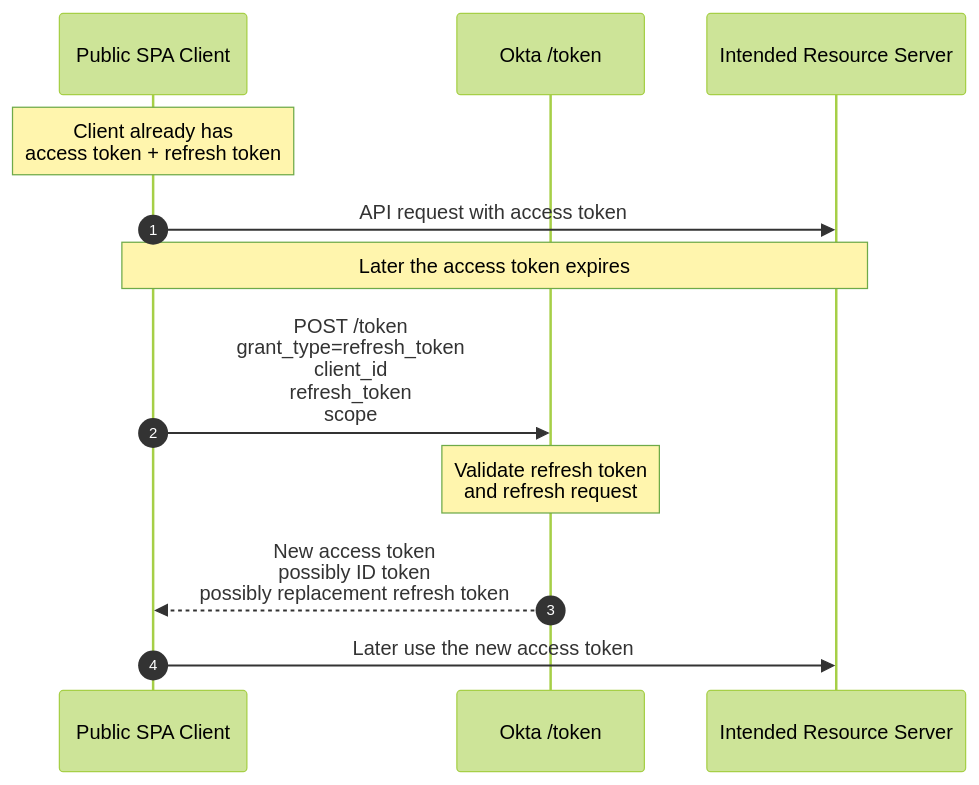
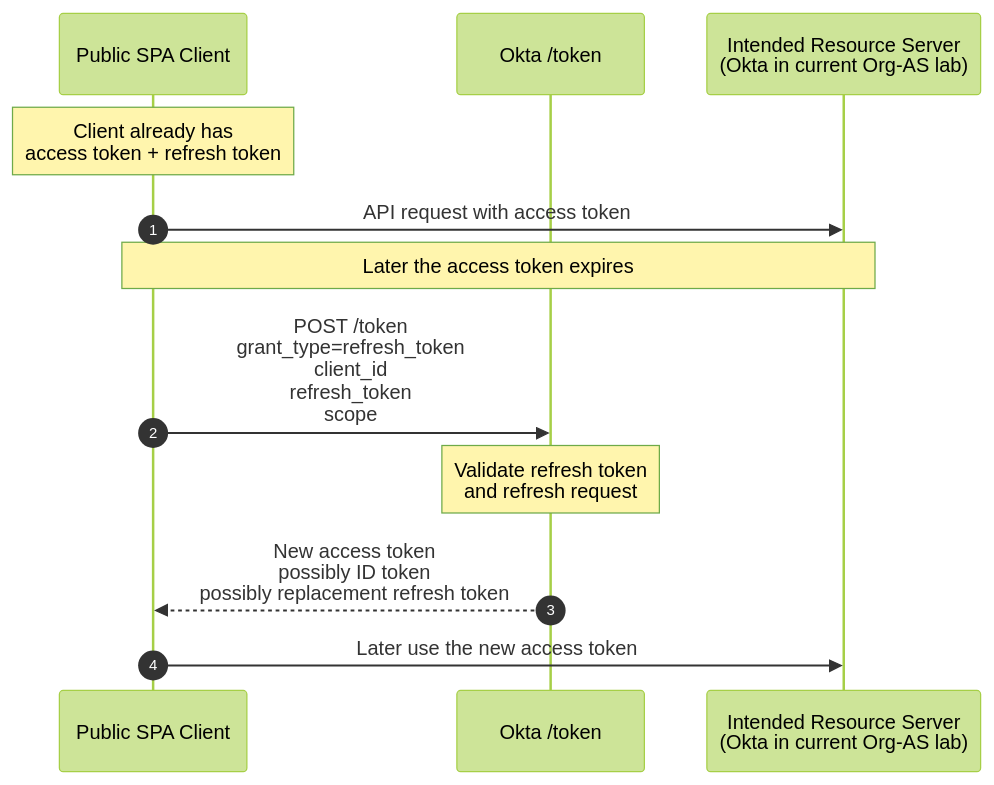
Before and after one commit to TedxHarry/OAuth-OIDC: the third of 7 diagrams in diagrams/day-04-token-lifecycle.md, drawn with Mermaid (forest theme). The commit also changed other lines of this file, not shown here.

Commit message:
Fix Day 4 token flow diagrams

```diff
--- a/diagrams/day-04-token-lifecycle.md
+++ b/diagrams/day-04-token-lifecycle.md
@@ -50,20 +51,20 @@
 ~~~mermaid
 sequenceDiagram
     autonumber
     participant C as Public SPA Client
     participant T as Okta /token
-    participant R as Intended Resource Server
+    participant R as Intended Resource Server<br/>(Okta in current Org-AS lab)
 
     Note over C: Client already has<br/>access token + refresh token
 
     C->>R: API request with access token
     Note over C,R: Later the access token expires
 
     C->>T: POST /token<br/>grant_type=refresh_token<br/>client_id<br/>refresh_token<br/>scope
 
     Note over T: Validate refresh token<br/>and refresh request
 
     T-->>C: New access token<br/>possibly ID token<br/>possibly replacement refresh token
 
     C->>R: Later use the new access token
 ~~~
```
